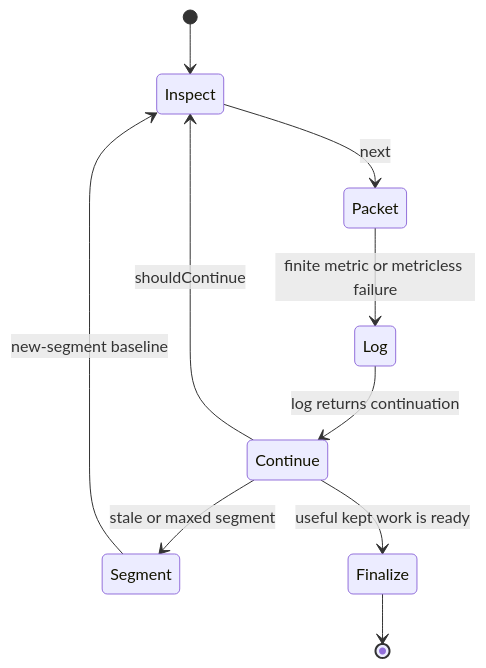
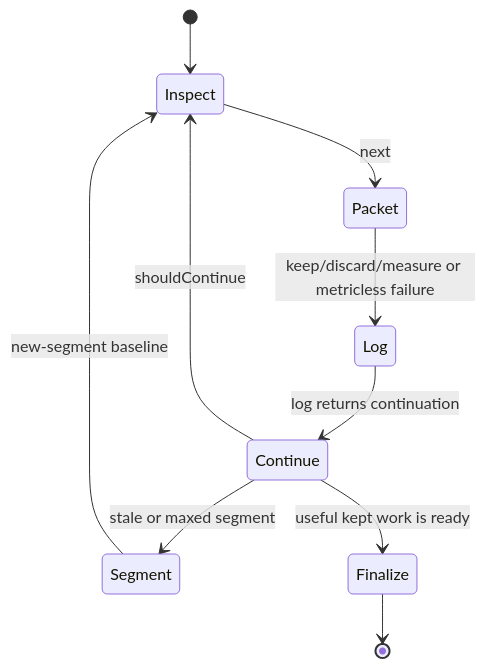
One commit to TheGreenCedar/codex-autoresearch changed the third of 5 diagrams in plugins/codex-autoresearch/docs/workflows.md. Above: the diagram before and after it, drawn with Mermaid. The commit also changed other lines of this file and 33 other files, not shown here.

Commit message:
harden autoresearch resume flow 1.4.0

````diff
--- a/plugins/codex-autoresearch/docs/workflows.md
+++ b/plugins/codex-autoresearch/docs/workflows.md
@@ -45,12 +45,12 @@
 ```mermaid
 stateDiagram-v2
   [*] --> Inspect
   Inspect --> Packet: next
-  Packet --> Log: finite metric or metricless failure
+  Packet --> Log: keep/discard/measure or metricless failure
   Log --> Continue: log returns continuation
   Continue --> Inspect: shouldContinue
   Continue --> Segment: stale or maxed segment
   Continue --> Finalize: useful kept work is ready
   Segment --> Inspect: new-segment baseline
   Finalize --> [*]
 ```
````
